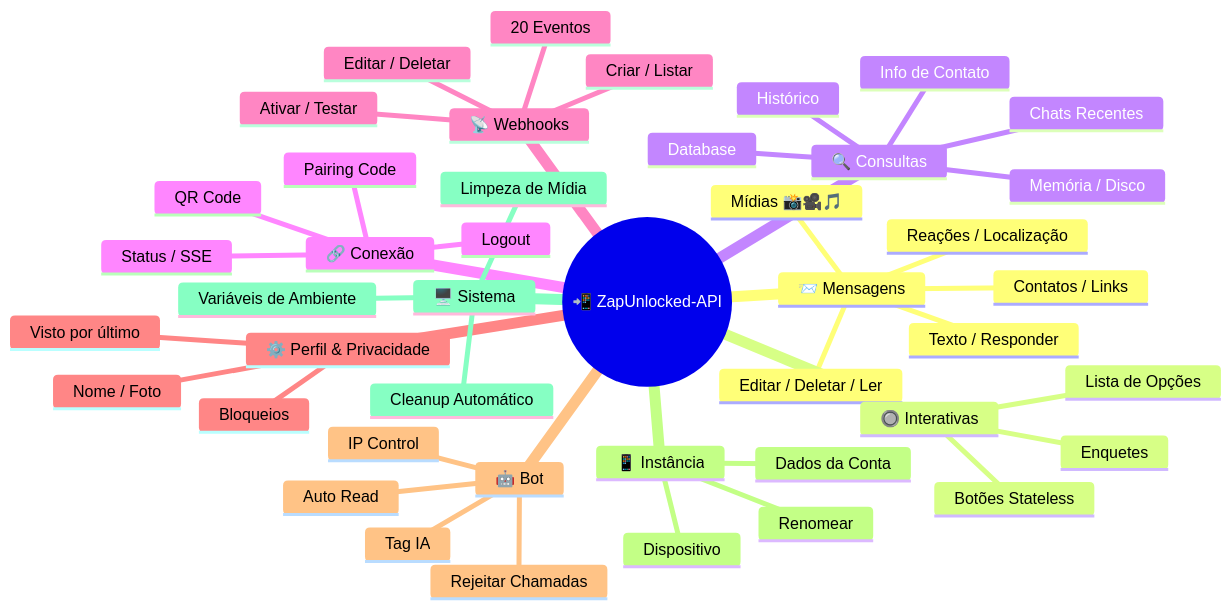
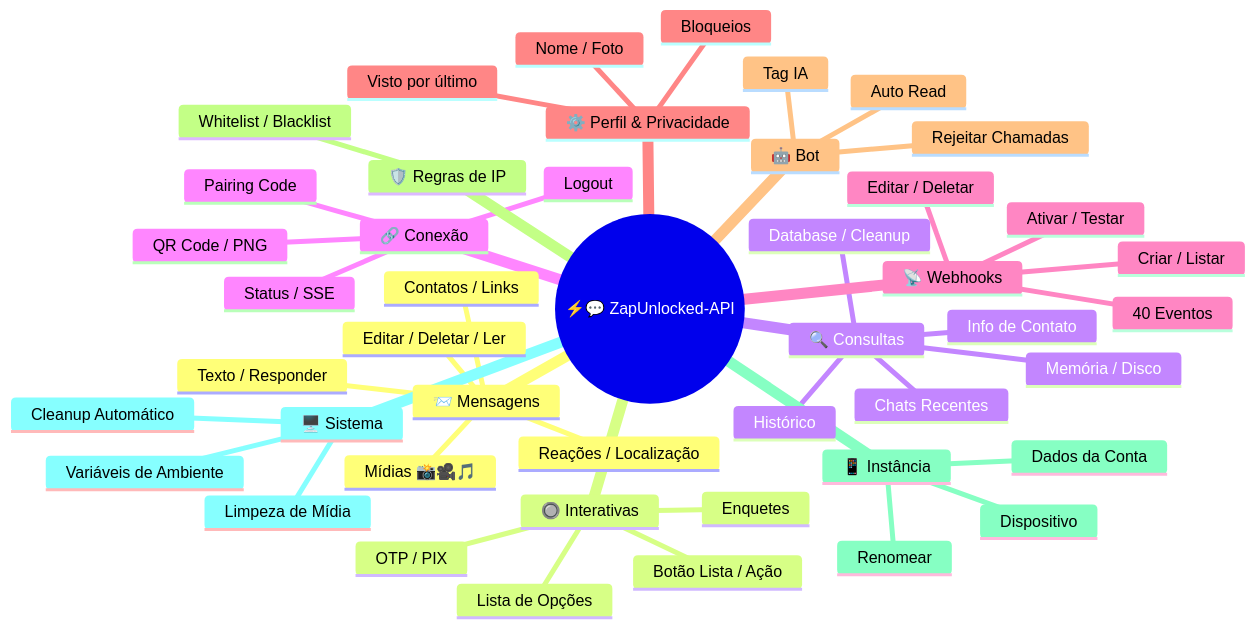
Before and after one commit to kauafpssx/ZapUnlocked-API: the first of 2 diagrams in README.MD, drawn with Mermaid. The commit also changed other lines of this file and 23 other files, not shown here.

````diff
--- a/README.MD
+++ b/README.MD
@@ -52,47 +57,49 @@
 ```mermaid
 mindmap
-  root((📲 ZapUnlocked-API))
+  root((⚡💬 ZapUnlocked-API))
     📨 Mensagens
       Texto / Responder
       Mídias 📸🎥🎵
       Reações / Localização
       Contatos / Links
       Editar / Deletar / Ler
     🔘 Interativas
-      Botões Stateless
+      Botão Lista / Ação
+      OTP / PIX
       Lista de Opções
       Enquetes
     🔍 Consultas
       Info de Contato
       Histórico
       Chats Recentes
       Memória / Disco
-      Database
+      Database / Cleanup
     🔗 Conexão
       Status / SSE
-      QR Code
+      QR Code / PNG
       Pairing Code
       Logout
     📡 Webhooks
-      Criar / Listar
-      Editar / Deletar
-      Ativar / Testar
-      20 Eventos
+       Criar / Listar
+       Editar / Deletar
+       Ativar / Testar
+       40 Eventos
     ⚙️ Perfil & Privacidade
       Nome / Foto
       Visto por último
       Bloqueios
     🤖 Bot
       Tag IA
-      IP Control
       Rejeitar Chamadas
       Auto Read
+    🛡️ Regras de IP
+      Whitelist / Blacklist
     📱 Instância
       Dados da Conta
       Dispositivo
       Renomear
     🖥️ Sistema
       Variáveis de Ambiente
       Limpeza de Mídia
       Cleanup Automático
 ```
````
